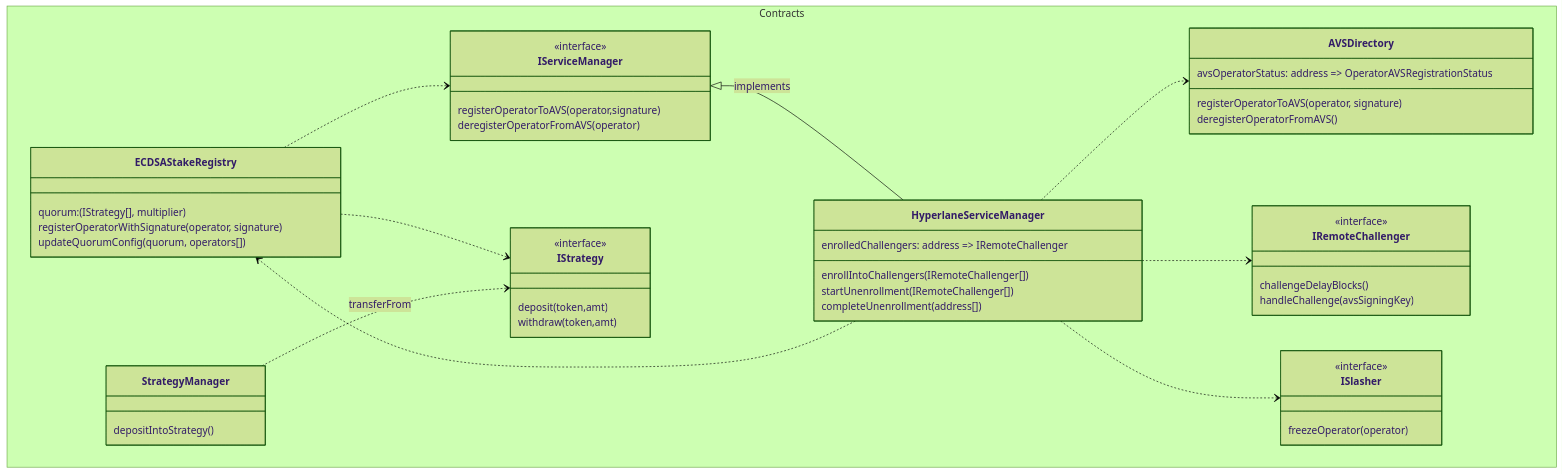
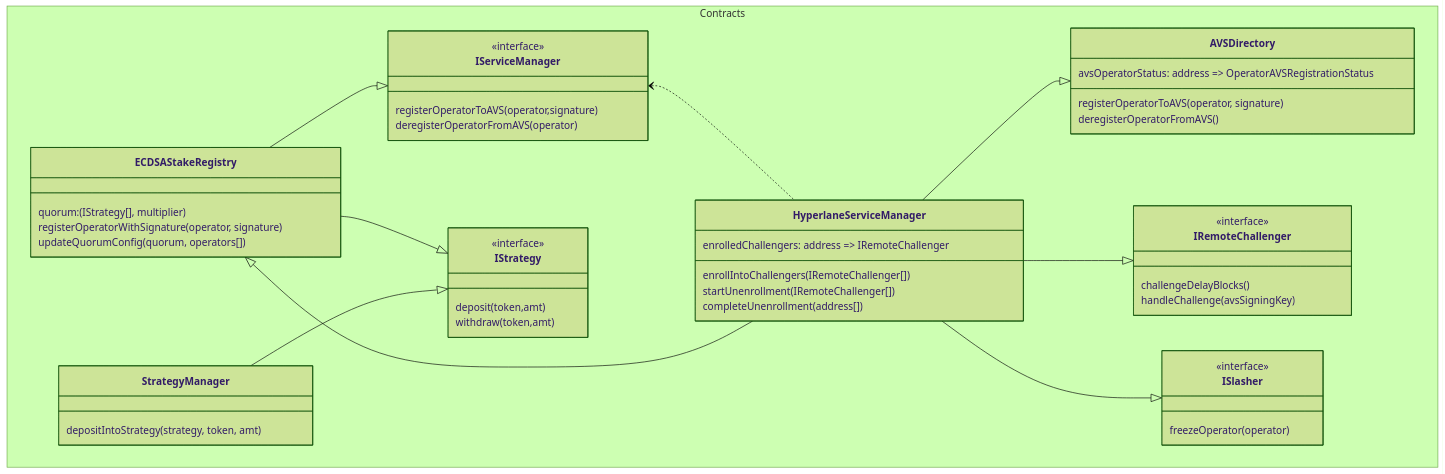
Before and after one commit to hyperlane-xyz/v3-docs: the first of 6 diagrams in docs/protocol/avs.mdx, drawn with Mermaid (forest theme). The commit also changed other lines of this file, not shown here.

````diff
--- a/docs/protocol/avs.mdx
+++ b/docs/protocol/avs.mdx
@@ -13,65 +15,62 @@
 ```mermaid
 classDiagram
 namespace Contracts {
   class AVSDirectory {
     avsOperatorStatus: address => OperatorAVSRegistrationStatus
     registerOperatorToAVS(operator, signature)
     deregisterOperatorFromAVS()
   }
   class ECDSAStakeRegistry {
     quorum: (IStrategy[], multiplier)
 
     registerOperatorWithSignature(operator, signature)
     updateQuorumConfig(quorum, operators[])
   }
   class IServiceManager {
     <<interface>>
 
     registerOperatorToAVS(operator,signature)
     deregisterOperatorFromAVS(operator)
   }
   class HyperlaneServiceManager {
     enrolledChallengers: address => IRemoteChallenger
 
     enrollIntoChallengers(IRemoteChallenger[])
     startUnenrollment(IRemoteChallenger[])
     completeUnenrollment(address[])
   }
   class IRemoteChallenger {
     <<interface>>
 
     challengeDelayBlocks()
     handleChallenge(avsSigningKey)
   }
   class ISlasher {
     <<interface>>
 
     freezeOperator(operator)
   }
   class IStrategy {
     <<interface>>
 
     deposit(token,amt)
     withdraw(token,amt)
   }
 
   class StrategyManager {
-    depositIntoStrategy()
+    depositIntoStrategy(strategy, token, amt)
   }
 }
 
+ECDSAStakeRegistry--|>IServiceManager
+ECDSAStakeRegistry--|>IStrategy
+HyperlaneServiceManager--|>ECDSAStakeRegistry
+HyperlaneServiceManager--|>IRemoteChallenger
+HyperlaneServiceManager--|>ISlasher
 
-ECDSAStakeRegistry..>IServiceManager
-ECDSAStakeRegistry..>IStrategy
-HyperlaneServiceManager..>ECDSAStakeRegistry
-HyperlaneServiceManager..> IRemoteChallenger
-HyperlaneServiceManager..> ISlasher
-
-HyperlaneServiceManager..>AVSDirectory
-StrategyManager..>IStrategy: transferFrom
+HyperlaneServiceManager--|>AVSDirectory
+StrategyManager--|>IStrategy
 
 
-IServiceManager<|--HyperlaneServiceManager: implements
-
-
+IServiceManager<..HyperlaneServiceManager
 ```
````
